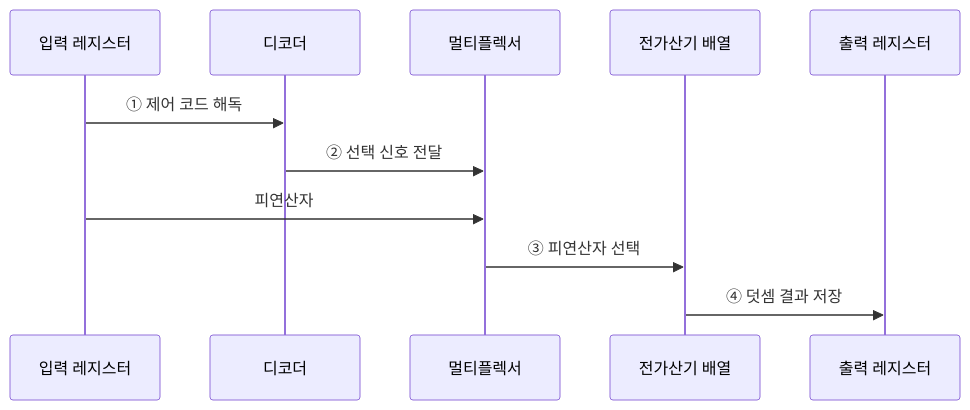
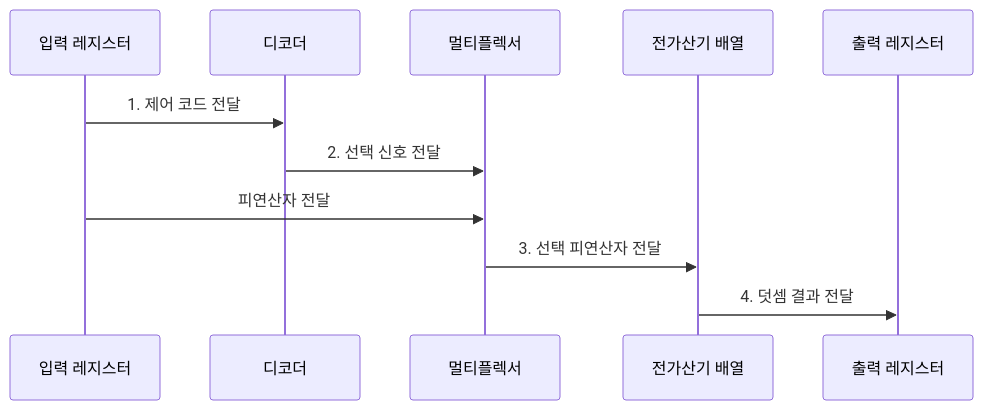
Before and after one commit to agnusdei1207/knowledge-base: the second of 3 diagrams in src/content/docs/notes/01-basic-theory/026_combinational_logic.md, drawn with Mermaid. The commit also changed other lines of this file and 20 other files, not shown here.

````diff
--- a/src/content/docs/notes/01-basic-theory/026_combinational_logic.md
+++ b/src/content/docs/notes/01-basic-theory/026_combinational_logic.md
@@ -82,13 +86,13 @@
 ```mermaid
 sequenceDiagram
     participant I as 입력 레지스터
     participant D as 디코더
     participant M as 멀티플렉서
     participant A as 전가산기 배열
     participant O as 출력 레지스터
-    I->>D: ① 제어 코드 해독
-    D->>M: ② 선택 신호 전달
-    I->>M: 피연산자
-    M->>A: ③ 피연산자 선택
-    A->>O: ④ 덧셈 결과 저장
+    I->>D: 1. 제어 코드 전달
+    D->>M: 2. 선택 신호 전달
+    I->>M: 피연산자 전달
+    M->>A: 3. 선택 피연산자 전달
+    A->>O: 4. 덧셈 결과 전달
 ```
````
